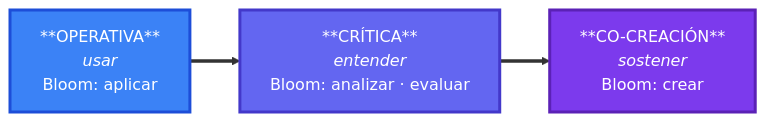
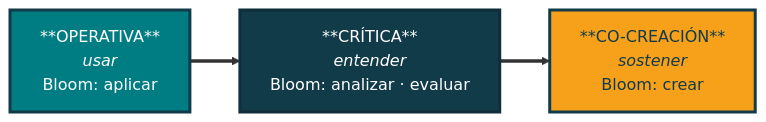
The first of 3 diagrams in content/formacion-docente/mapa-literacidades-ia/index.md (arqueon/aprendizaje-ia), drawn with Mermaid before and after one commit. The commit also changed other lines of this file and 12 other files, not shown here.

```diff
--- a/content/formacion-docente/mapa-literacidades-ia/index.md
+++ b/content/formacion-docente/mapa-literacidades-ia/index.md
@@ -26,12 +51,12 @@
 {{< mermaid >}}
 flowchart LR
     A["**OPERATIVA**<br/><i>usar</i><br/>Bloom: aplicar"]
     B["**CRÍTICA**<br/><i>entender</i><br/>Bloom: analizar · evaluar"]
     C["**CO-CREACIÓN**<br/><i>sostener</i><br/>Bloom: crear"]
 
     A ==> B ==> C
 
-    style A fill:#3b82f6,stroke:#1d4ed8,color:#ffffff,stroke-width:3px
-    style B fill:#6366f1,stroke:#4338ca,color:#ffffff,stroke-width:3px
-    style C fill:#7c3aed,stroke:#5b21b6,color:#ffffff,stroke-width:3px
+    style A fill:#007c83,stroke:#123b4a,color:#ffffff,stroke-width:3px
+    style B fill:#123b4a,stroke:#102e3a,color:#ffffff,stroke-width:3px
+    style C fill:#f7a11a,stroke:#123b4a,color:#123b4a,stroke-width:3px
 {{< /mermaid >}}
```
